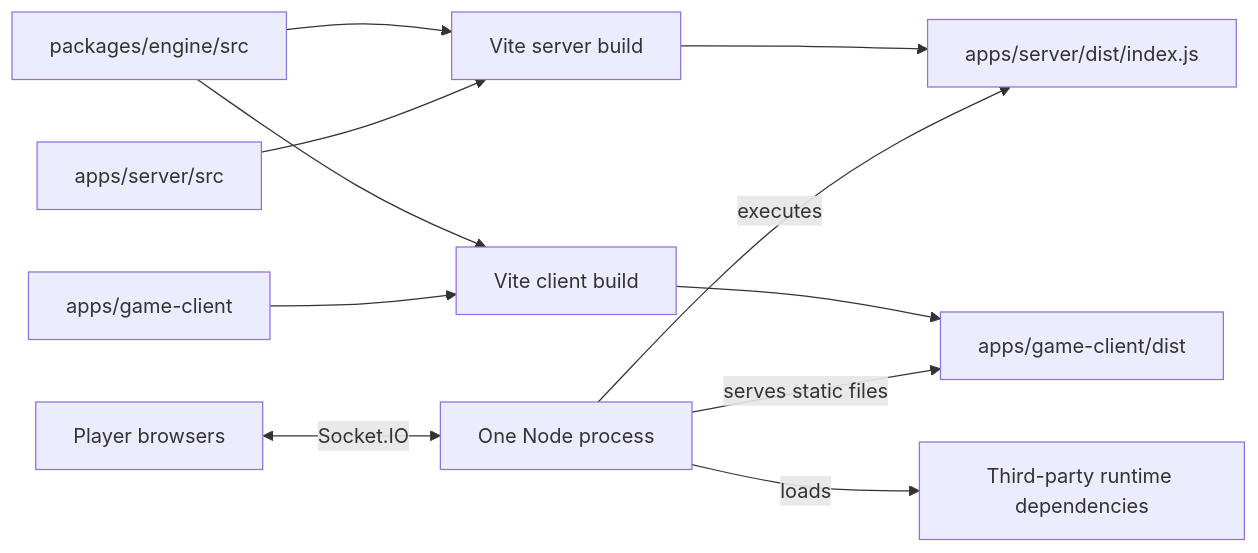
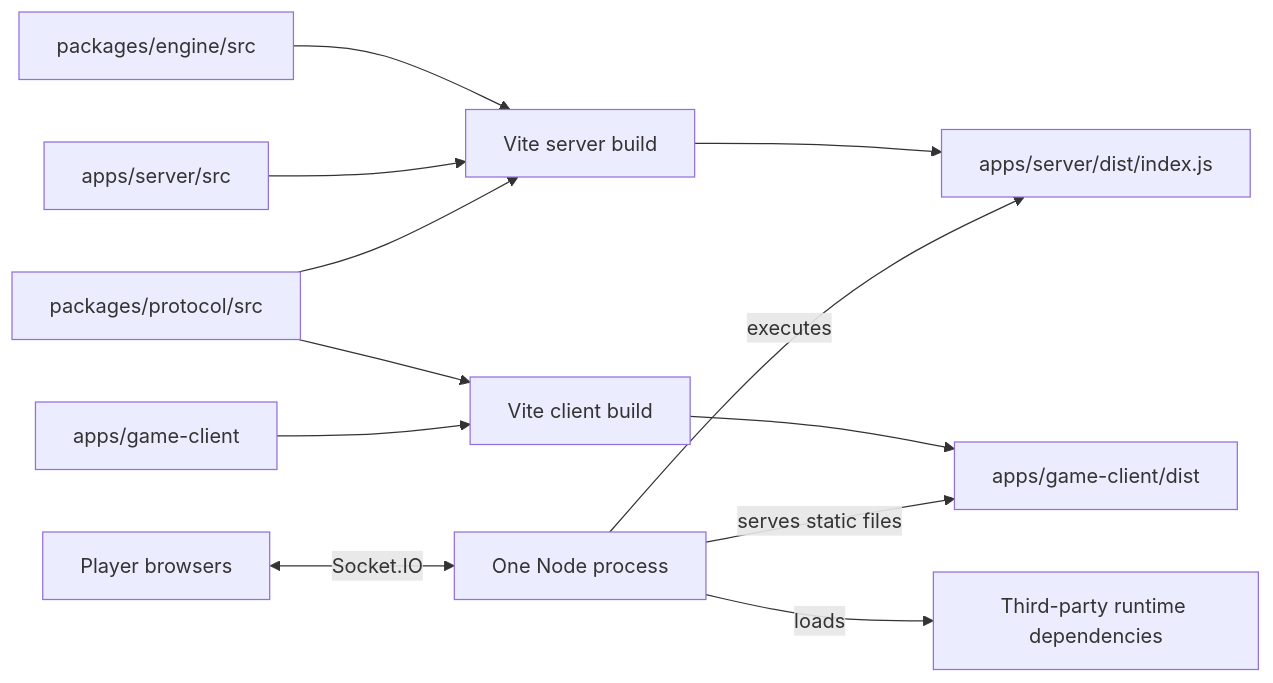
Before and after one commit to sschan39/card-game: the diagram in docs/workspace-architecture.md, drawn with Mermaid. The commit also changed other lines of this file and 54 other files, not shown here.

````diff
--- a/docs/workspace-architecture.md
+++ b/docs/workspace-architecture.md
@@ -27,13 +27,14 @@
 ```mermaid
 flowchart LR
     E["packages/engine/src"] --> SB["Vite server build"]
     S["apps/server/src"] --> SB
     SB --> SD["apps/server/dist/index.js"]
-    E --> CB["Vite client build"]
+    P["packages/protocol/src"] --> CB["Vite client build"]
+    P --> SB
     C["apps/game-client"] --> CB
     CB --> CD["apps/game-client/dist"]
     N["One Node process"] -->|executes| SD
     N -->|serves static files| CD
     N -->|loads| D["Third-party runtime dependencies"]
     B["Player browsers"] <-->|Socket.IO| N
 ```
````
